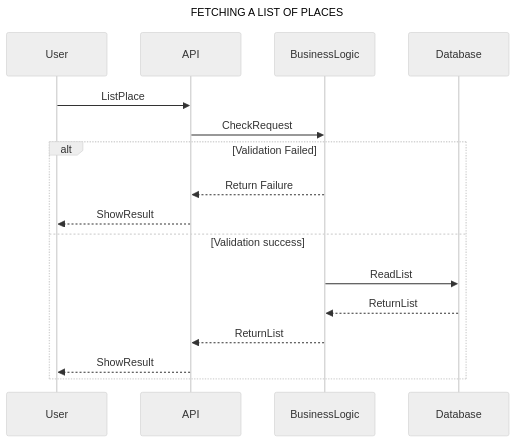
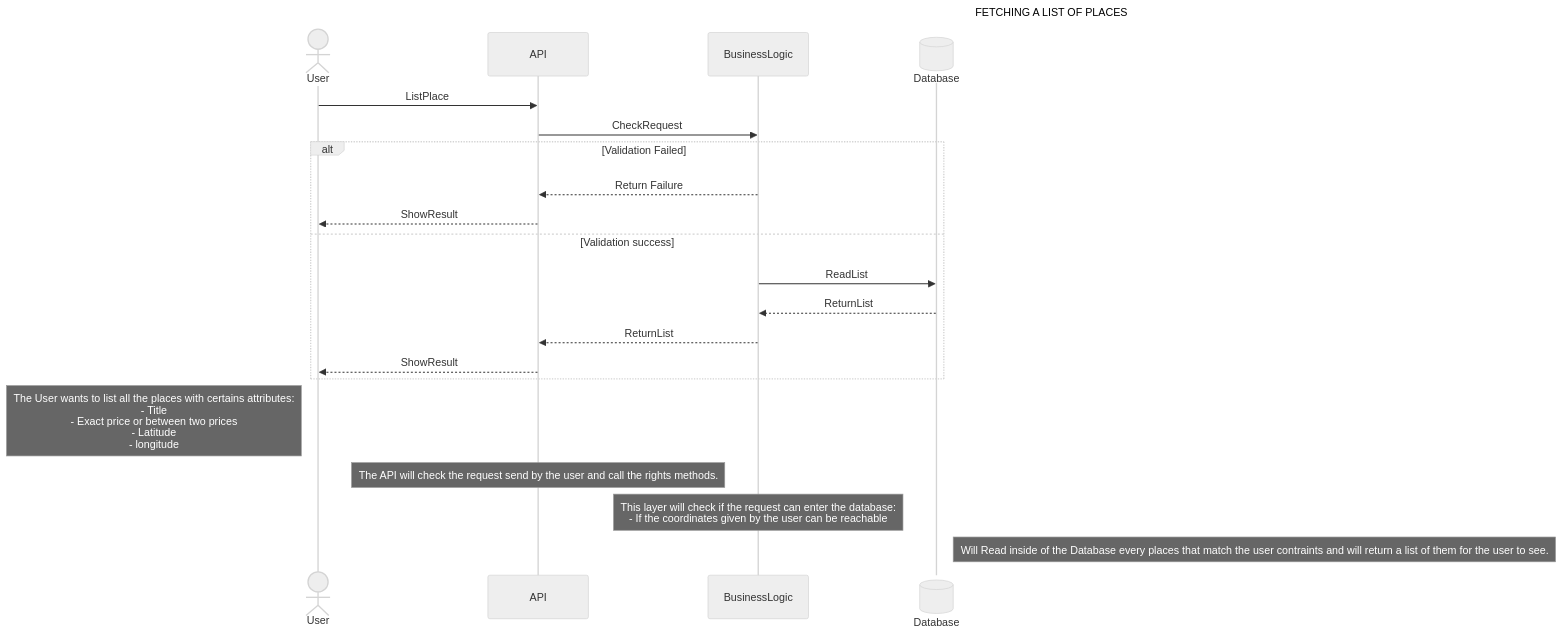
Before and after one commit to EnzoMessaoudi/holbertonschool-hbnb: the diagram in part1/Sequence_Diagram_Fetching_Places.mermaid, drawn with Mermaid.

Commit message:
ADD comments

```diff
--- a/part1/Sequence_Diagram_Fetching_Places.mermaid
+++ b/part1/Sequence_Diagram_Fetching_Places.mermaid
@@ -1,21 +1,29 @@
 %%{ init : { "theme": "neutral" } }%%
 
 sequenceDiagram
 title FETCHING A LIST OF PLACES
-participant User
+actor User
 participant API
 participant BusinessLogic
-participant Database
+participant Database@{ "type" : "database" }
 
 User->>API: ListPlace
 API->>BusinessLogic: CheckRequest
 
 alt Validation Failed
     BusinessLogic-->>API: Return Failure
     API-->>User: ShowResult
 else Validation success
     BusinessLogic->>Database: ReadList
     Database-->>BusinessLogic: ReturnList
     BusinessLogic-->>API: ReturnList
     API-->>User: ShowResult
 end
+
+Note left of User: The User wants to list all the places with certains attributes:<br/>- Title<br/>- Exact price or between two prices<br/>- Latitude<br/>- longitude
+
+Note over API: The API will check the request send by the user and call the rights methods.
+
+Note over BusinessLogic: This layer will check if the request can enter the database:<br/>- If the coordinates given by the user can be reachable
+
+Note right of Database: Will Read inside of the Database every places that match the user contraints and will return a list of them for the user to see.
```
